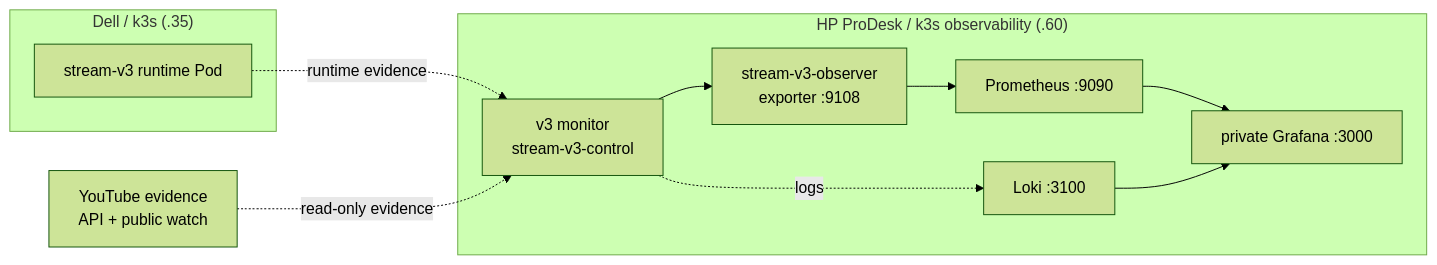
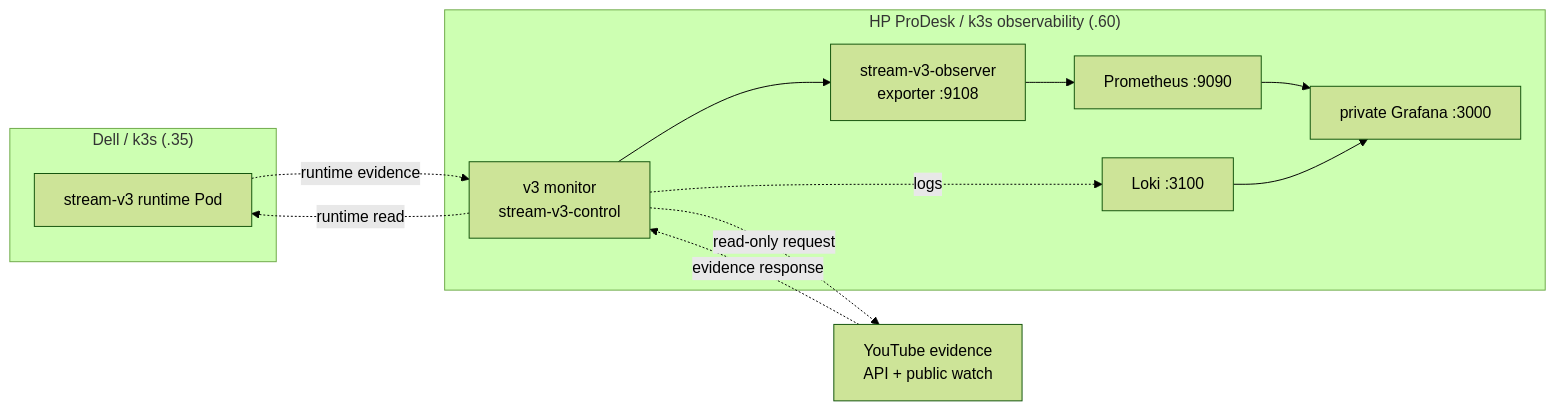
The second of 4 diagrams in README.md (yukimurata0421/live-stream-systems-case-study), drawn with Mermaid (forest theme) before and after one commit. The commit also changed other lines of this file, not shown here.

Commit message:
Clarify README observability diagrams

````diff
--- a/README.md
+++ b/README.md
@@ -169,21 +169,23 @@
 ```mermaid
 flowchart LR
     subgraph DELL["Dell / k3s (.35)"]
         RUN["stream-v3 runtime Pod"]
     end
 
     subgraph PD["HP ProDesk / k3s observability (.60)"]
         MON["v3 monitor<br/>stream-v3-control"]
         EXP["stream-v3-observer<br/>exporter :9108"]
         PROM["Prometheus :9090"]
         LOKI["Loki :3100"]
         GRAF["private Grafana :3000"]
     end
 
     YT["YouTube evidence<br/>API + public watch"]
 
+    MON -. read-only request .-> YT
+    YT -. evidence response .-> MON
+    MON -. runtime read .-> RUN
     RUN -. runtime evidence .-> MON
-    YT -. read-only evidence .-> MON
     MON --> EXP --> PROM --> GRAF
     MON -. logs .-> LOKI --> GRAF
 ```
````
